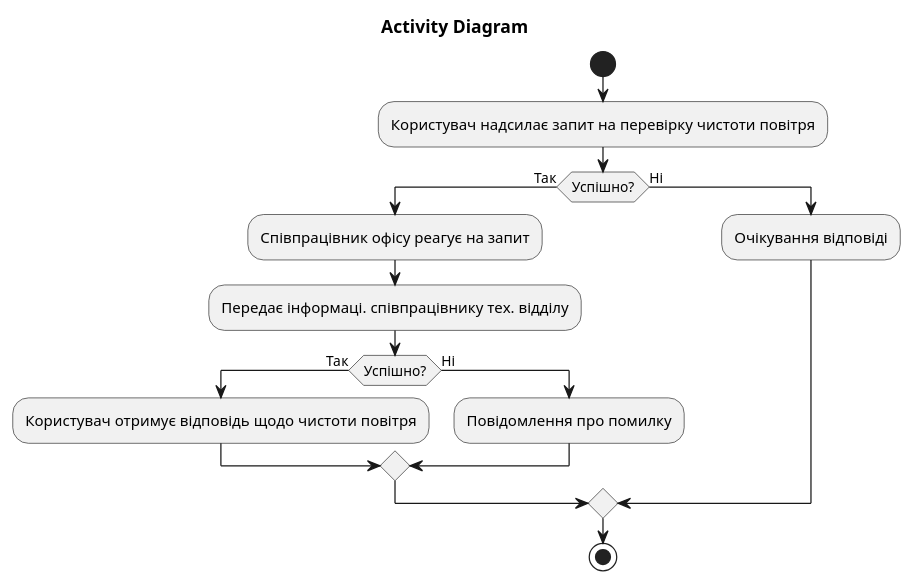
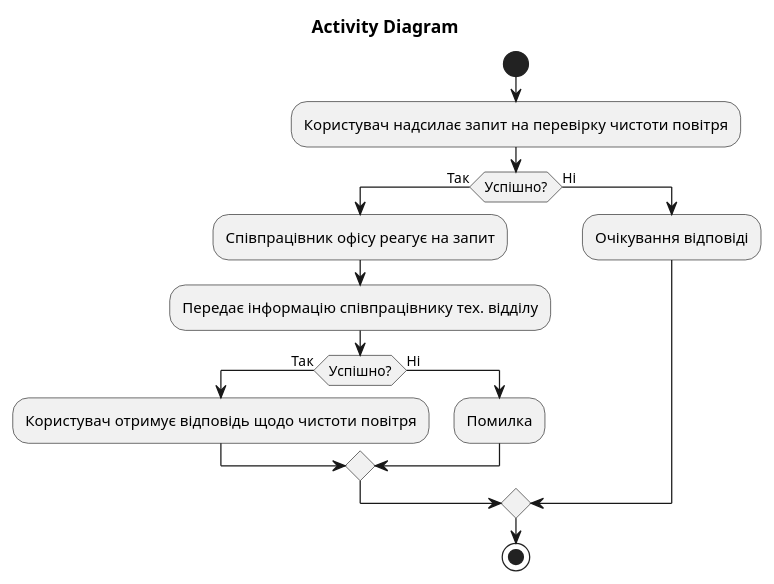
Before and after one commit to oleksandrblazhko/ai-213-golovnin: the diagram in 2-SoftwareDesign/2.7-PlantUML/UML-Activity.puml, drawn with PlantUML. The commit also changed 3 other files, not shown here.

```diff
--- a/2-SoftwareDesign/2.7-PlantUML/UML-Activity.puml
+++ b/2-SoftwareDesign/2.7-PlantUML/UML-Activity.puml
@@ -1,19 +1,19 @@
 @startuml
 title Activity Diagram 
 
 start
 :Користувач надсилає запит на перевірку чистоти повітря;
 if (Успішно?) then (Так)
   :Співпрацівник офісу реагує на запит;
-  :Передає інформаці. співпрацівнику тех. відділу;
+  :Передає інформацію співпрацівнику тех. відділу;
   if (Успішно?) then (Так)
     :Користувач отримує відповідь щодо чистоти повітря;
   else (Ні)
-    :Повідомлення про помилку;
+    :Помилка;
   endif
 else (Ні)
   :Очікування відповіді;
 endif
 stop
 
 @enduml
```
